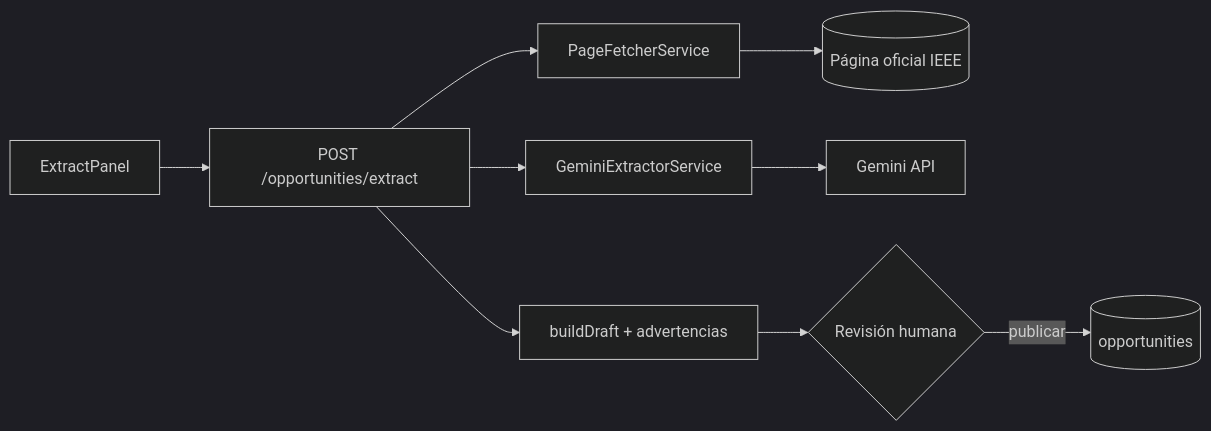
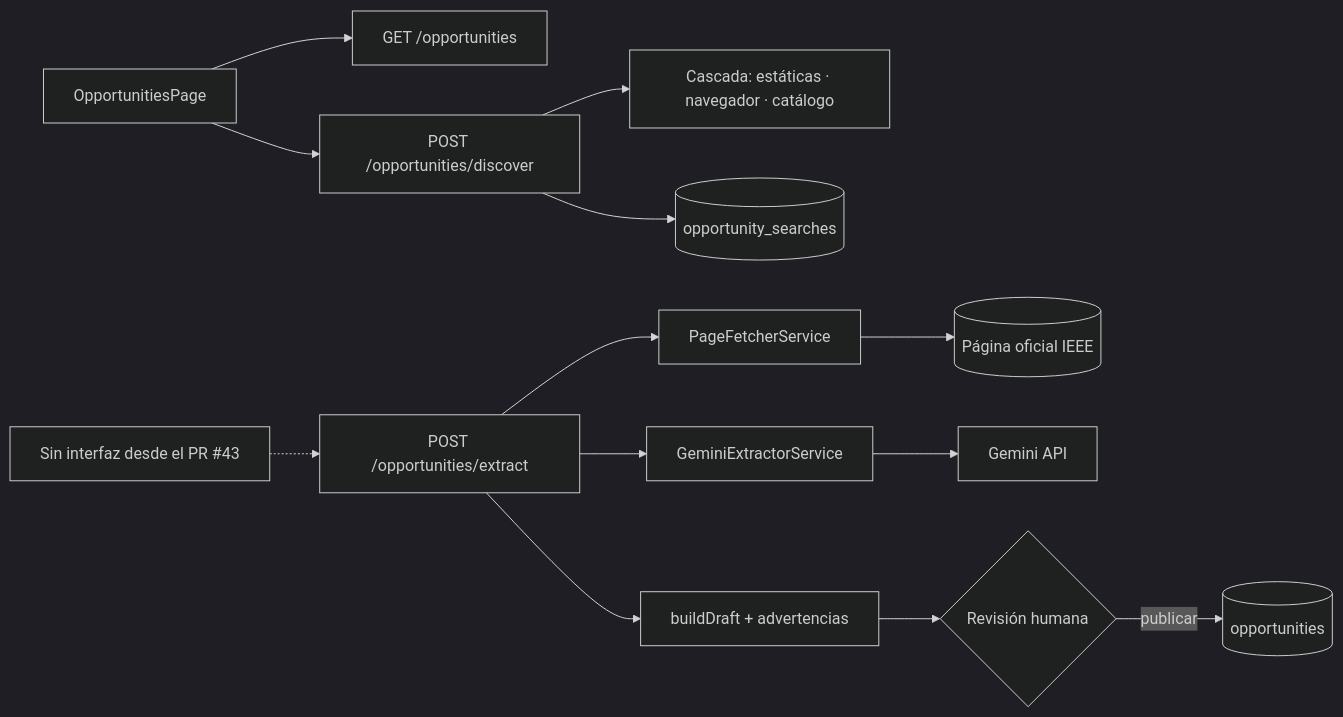
The diagram in Cerebros/M3 - Código del módulo.md (Annvies/chapterCoreIEEE_obsidian), drawn with Mermaid (dark theme) before and after one commit. The commit also changed other lines of this file and 117 other files, not shown here.

````diff
--- a/Cerebros/M3 - Código del módulo.md
+++ b/Cerebros/M3 - Código del módulo.md
@@ -68,9 +64,12 @@
 ```mermaid
 flowchart LR
-  UI[ExtractPanel] --> API[POST /opportunities/extract]
+  P[OpportunitiesPage] --> S[GET /opportunities]
+  P --> DSC[POST /opportunities/discover] --> C[Cascada: estáticas · navegador · catálogo]
+  DSC --> H[(opportunity_searches)]
+  B[Sin interfaz desde el PR #43] -.-> API[POST /opportunities/extract]
   API --> F[PageFetcherService] --> W[(Página oficial IEEE)]
   API --> G[GeminiExtractorService] --> AI[Gemini API]
   API --> D[buildDraft + advertencias]
   D --> R{Revisión humana}
   R -- publicar --> DB[(opportunities)]
 ```
````
